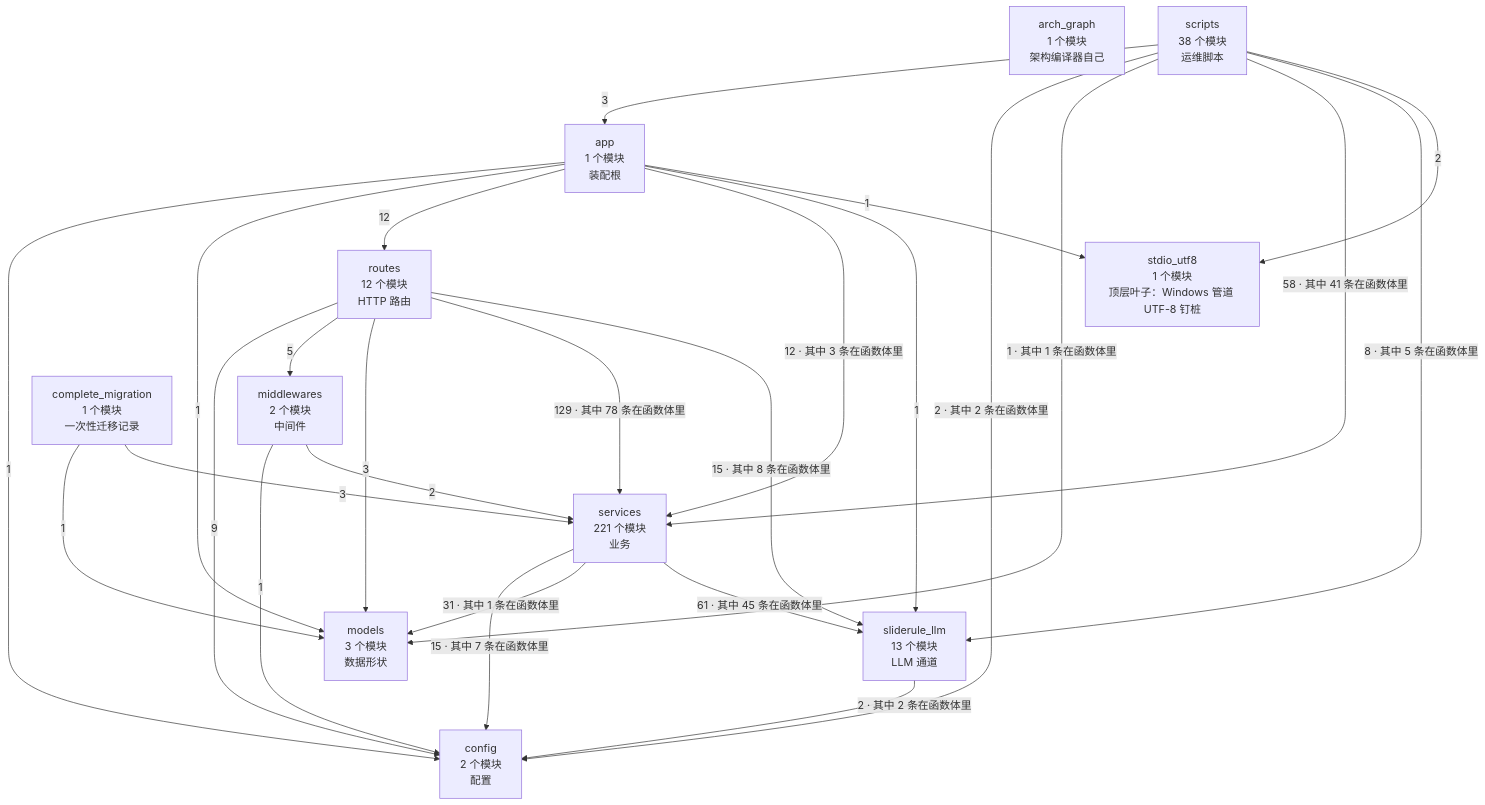
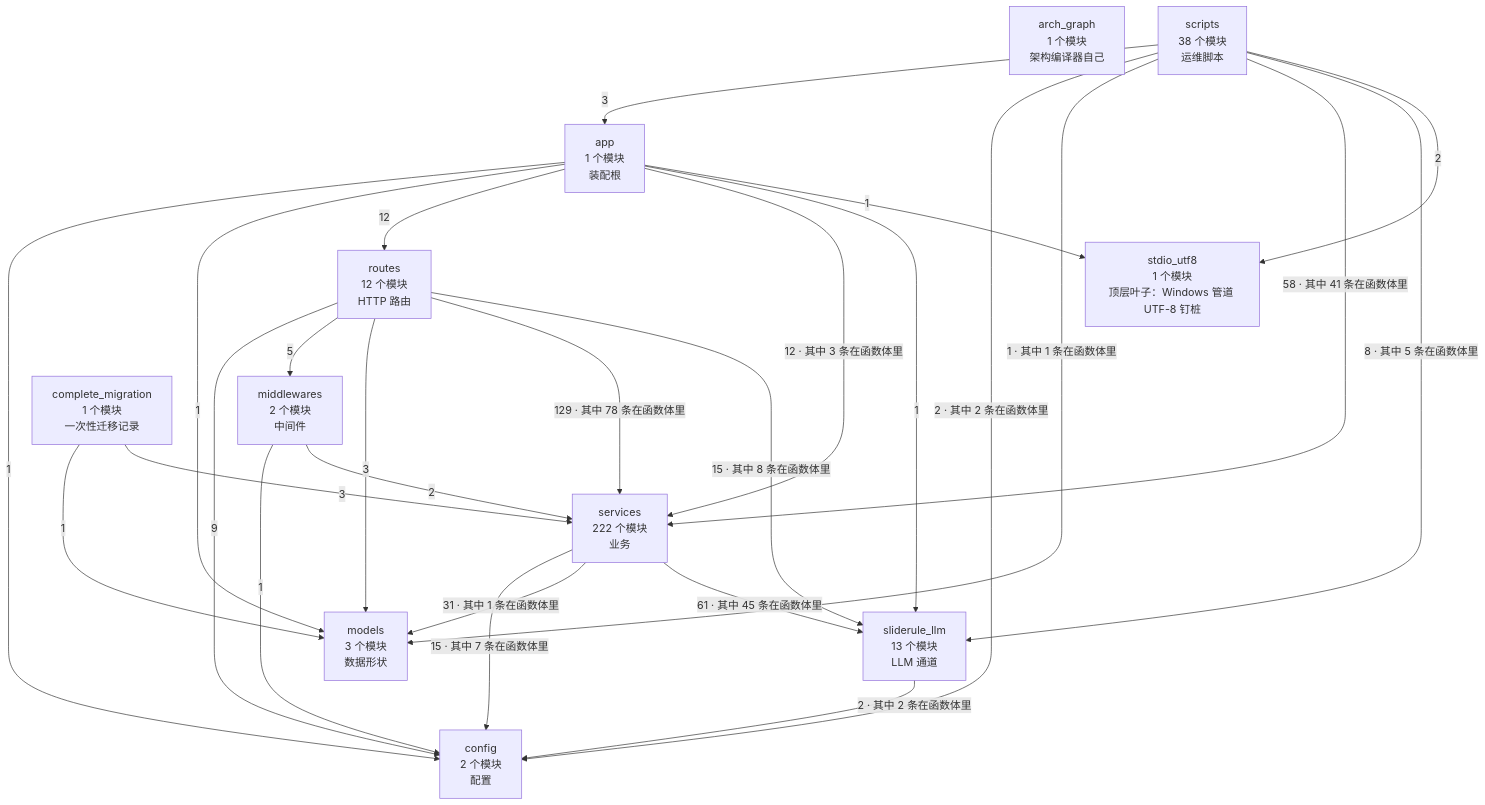
The second of 4 diagrams in docs/SlideRule V6.2 架构图（自动生成）.md (2686521696/WhyBuddy), drawn with Mermaid before and after one commit. The commit also changed other lines of this file and 12 other files, not shown here.

````diff
--- a/docs/SlideRule V6.2 架构图（自动生成）.md
+++ b/docs/SlideRule V6.2 架构图（自动生成）.md
@@ -60,39 +60,39 @@
 ```mermaid
 flowchart TB
   arch_graph["arch_graph<br/>1 个模块<br/>架构编译器自己"]
   config["config<br/>2 个模块<br/>配置"]
   models["models<br/>3 个模块<br/>数据形状"]
   stdio_utf8["stdio_utf8<br/>1 个模块<br/>顶层叶子：Windows 管道 UTF-8 钉桩"]
   sliderule_llm["sliderule_llm<br/>13 个模块<br/>LLM 通道"]
   middlewares["middlewares<br/>2 个模块<br/>中间件"]
-  services["services<br/>221 个模块<br/>业务"]
+  services["services<br/>222 个模块<br/>业务"]
   routes["routes<br/>12 个模块<br/>HTTP 路由"]
   app["app<br/>1 个模块<br/>装配根"]
   complete_migration["complete_migration<br/>1 个模块<br/>一次性迁移记录"]
   scripts["scripts<br/>38 个模块<br/>运维脚本"]
   app -->|1| config
   app -->|1| models
   app -->|12| routes
   app -->|12 · 其中 3 条在函数体里| services
   app -->|1| sliderule_llm
   app -->|1| stdio_utf8
   complete_migration -->|1| models
   complete_migration -->|3| services
   middlewares -->|1| config
   middlewares -->|2| services
   routes -->|9| config
   routes -->|5| middlewares
   routes -->|3| models
   routes -->|129 · 其中 78 条在函数体里| services
   routes -->|15 · 其中 8 条在函数体里| sliderule_llm
   scripts -->|3| app
   scripts -->|2 · 其中 2 条在函数体里| config
   scripts -->|1 · 其中 1 条在函数体里| models
   scripts -->|58 · 其中 41 条在函数体里| services
   scripts -->|8 · 其中 5 条在函数体里| sliderule_llm
   scripts -->|2| stdio_utf8
   services -->|15 · 其中 7 条在函数体里| config
   services -->|31 · 其中 1 条在函数体里| models
   services -->|61 · 其中 45 条在函数体里| sliderule_llm
   sliderule_llm -->|2 · 其中 2 条在函数体里| config
 ```
````
